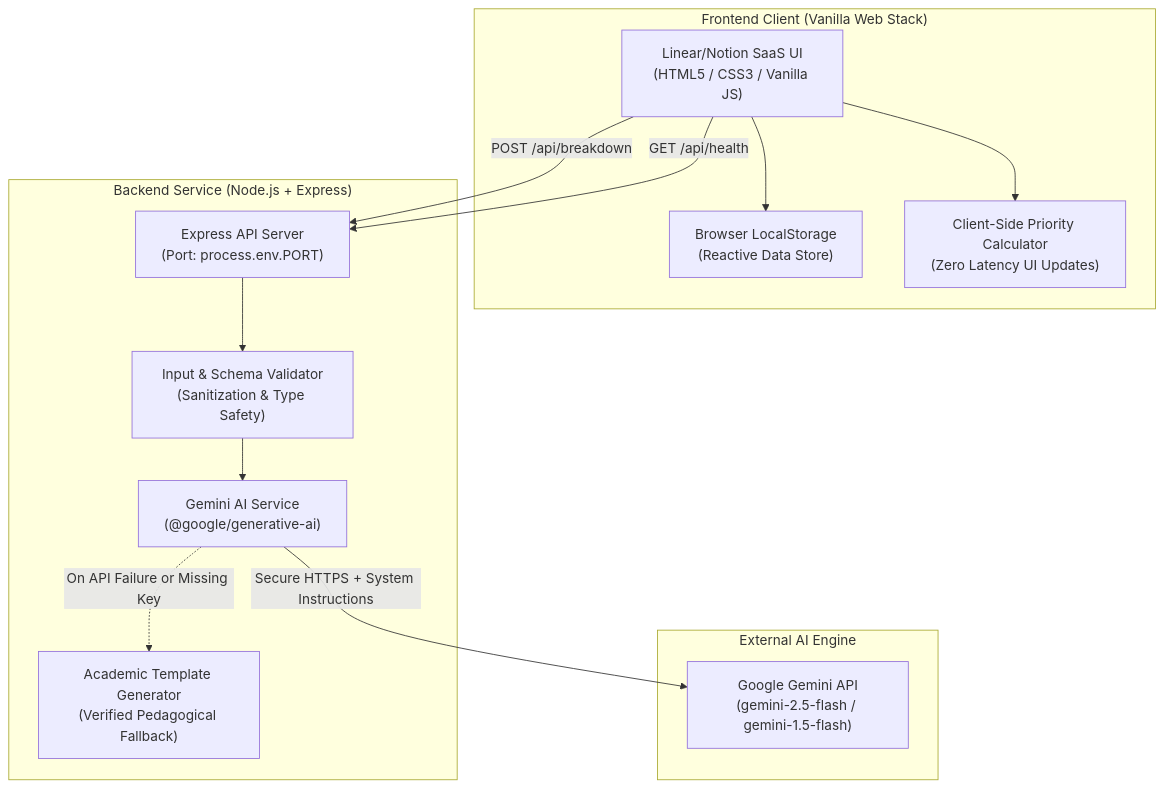
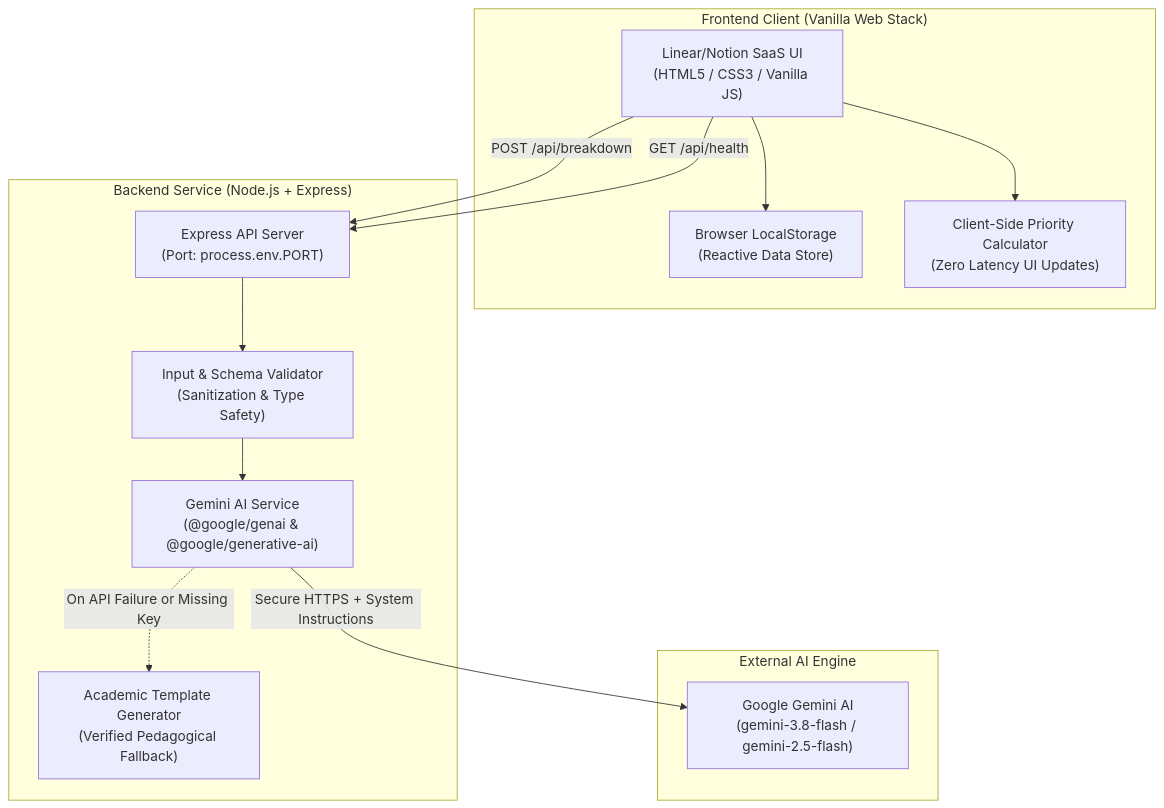
The diagram in README.md (Devanshi-Tech3158/DeadlineShield), drawn with Mermaid before and after one commit. The commit also changed other lines of this file and 14 other files, not shown here.

````diff
--- a/README.md
+++ b/README.md
@@ -34,29 +49,29 @@
 ```mermaid
 flowchart TD
     subgraph Frontend["Frontend Client (Vanilla Web Stack)"]
         UI["Linear/Notion SaaS UI<br/>(HTML5 / CSS3 / Vanilla JS)"]
         Storage["Browser LocalStorage<br/>(Reactive Data Store)"]
         PriorityEngine["Client-Side Priority Calculator<br/>(Zero Latency UI Updates)"]
         UI --> Storage
         UI --> PriorityEngine
     end
 
     subgraph Backend["Backend Service (Node.js + Express)"]
         Server["Express API Server<br/>(Port: process.env.PORT)"]
         Validator["Input & Schema Validator<br/>(Sanitization & Type Safety)"]
-        GeminiService["Gemini AI Service<br/>(@google/generative-ai)"]
+        GeminiService["Gemini AI Service<br/>(@google/genai & @google/generative-ai)"]
         FallbackService["Academic Template Generator<br/>(Verified Pedagogical Fallback)"]
         
         Server --> Validator
         Validator --> GeminiService
         GeminiService -.->|On API Failure or Missing Key| FallbackService
     end
 
     subgraph Cloud["External AI Engine"]
-        GeminiCloud["Google Gemini API<br/>(gemini-2.5-flash / gemini-1.5-flash)"]
+        GeminiCloud["Google Gemini AI<br/>(gemini-3.8-flash / gemini-2.5-flash)"]
     end
 
     UI -->|POST /api/breakdown| Server
     UI -->|GET /api/health| Server
     GeminiService -->|Secure HTTPS + System Instructions| GeminiCloud
 ```
````
